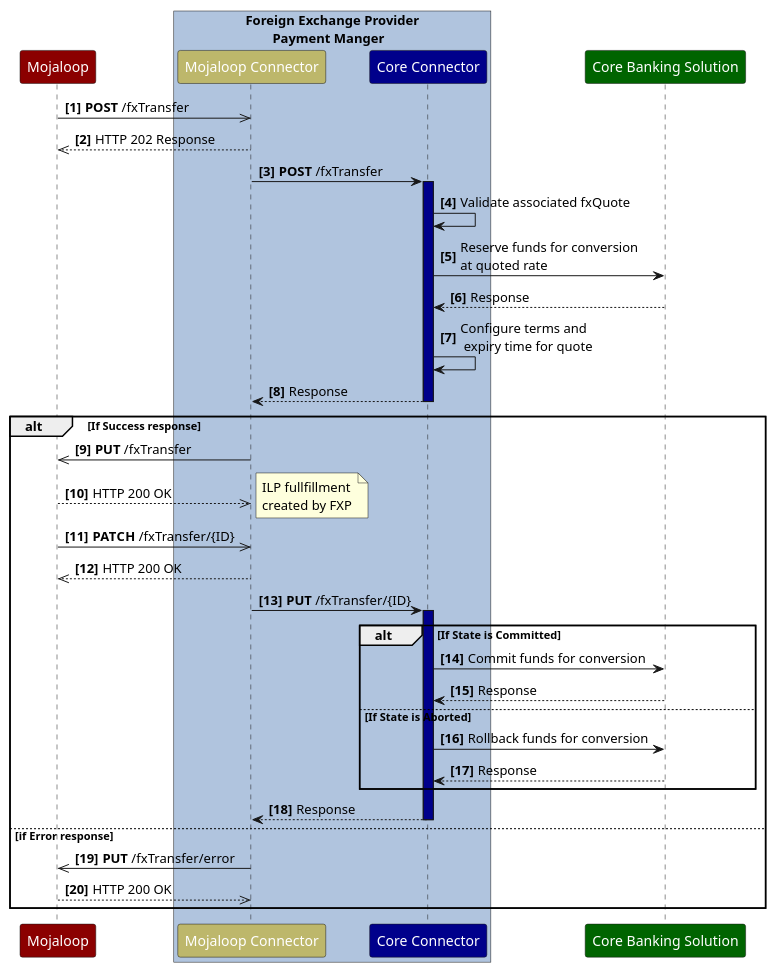
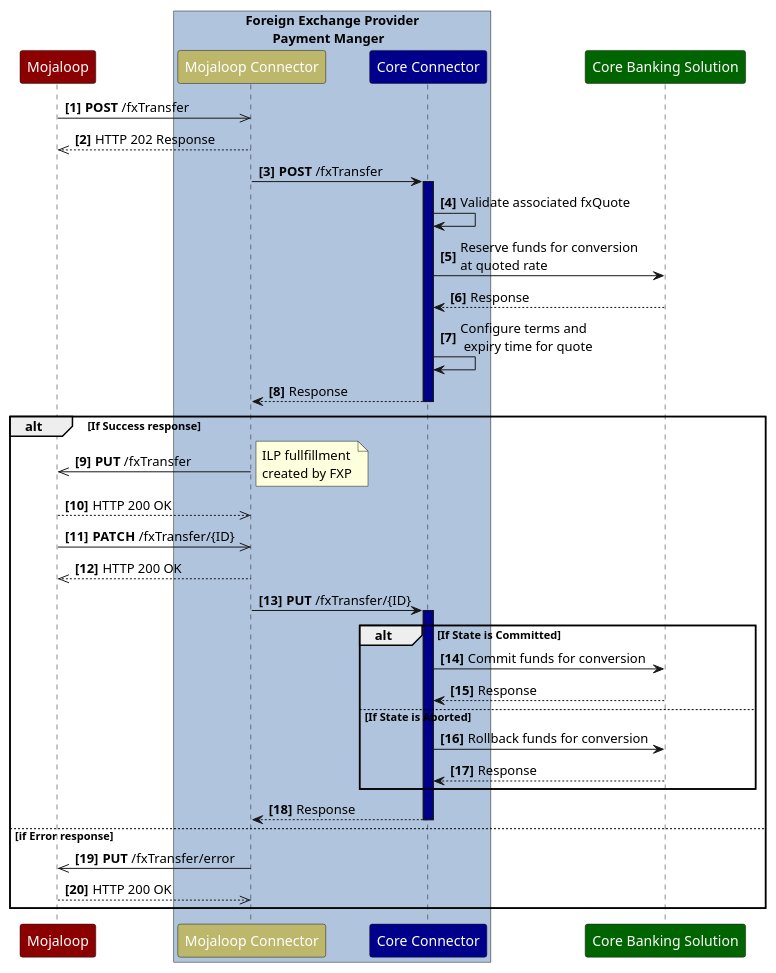
Before and after one commit to infitx-org/participation-tool-docs: the diagram in DesignSequenceDiagrams/FXPIntegrationPattern-Conversion.PlantUML, drawn with PlantUML. The commit also changed other lines of this file and 29 other files, not shown here.

```diff
--- a/DesignSequenceDiagrams/FXPIntegrationPattern-Conversion.PlantUML
+++ b/DesignSequenceDiagrams/FXPIntegrationPattern-Conversion.PlantUML
@@ -1,60 +1,60 @@
 @startuml FXPIntegrationPattern-Conversion
 /'*****
 --------------
 ******'/
 
 ' declare title
 ' title FXPIntegrationPattern-Conversion
 ' declare actors
 skinparam participant {
   FontColor white
 }
 participant "Mojaloop" as Switch #DarkRed
 box "Foreign Exchange Provider\n        Payment Manger" #LightSteelBlue
   participant "Mojaloop Connector" as MC #DarkKhaki
   participant "Core Connector" as CC  #DarkBlue
 end box
 participant "Core Banking Solution" as CBS #DarkGreen
 
 autonumber 1 1 "<b>[0]"
 
 
 Switch->>MC: **POST** /fxTransfer
 MC-->>Switch: HTTP 202 Response
 MC->CC: **POST** /fxTransfer
 activate CC #DarkBlue
 CC->CC: Validate associated fxQuote
 CC->CBS: Reserve funds for conversion \nat quoted rate
 CBS-->CC: Response 
 CC->CC: Configure terms and\n expiry time for quote
 CC-->MC: Response
 deactivate CC
 alt If Success response
 MC->>Switch: **PUT** /fxTransfer
-Switch-->>MC: HTTP 200 OK
-
 note right
   ILP fullfillment 
   created by FXP
 end note
+Switch-->>MC: HTTP 200 OK
+
 Switch->>MC: **PATCH** /fxTransfer/{ID}
 MC-->>Switch: HTTP 200 OK
 MC->CC: **PUT** /fxTransfer/{ID}
 activate CC #DarkBlue
 alt If State is Committed
 CC->CBS: Commit funds for conversion 
 CBS-->CC: Response 
 else If State is Aborted
 CC->CBS: Rollback funds for conversion
 CBS-->CC: Response 
 end
 CC-->MC: Response
 deactivate CC
 
 else if Error response
 MC->>Switch: **PUT** /fxTransfer/error
 Switch-->>MC: HTTP 200 OK
 end
 
 
 @enduml
```
